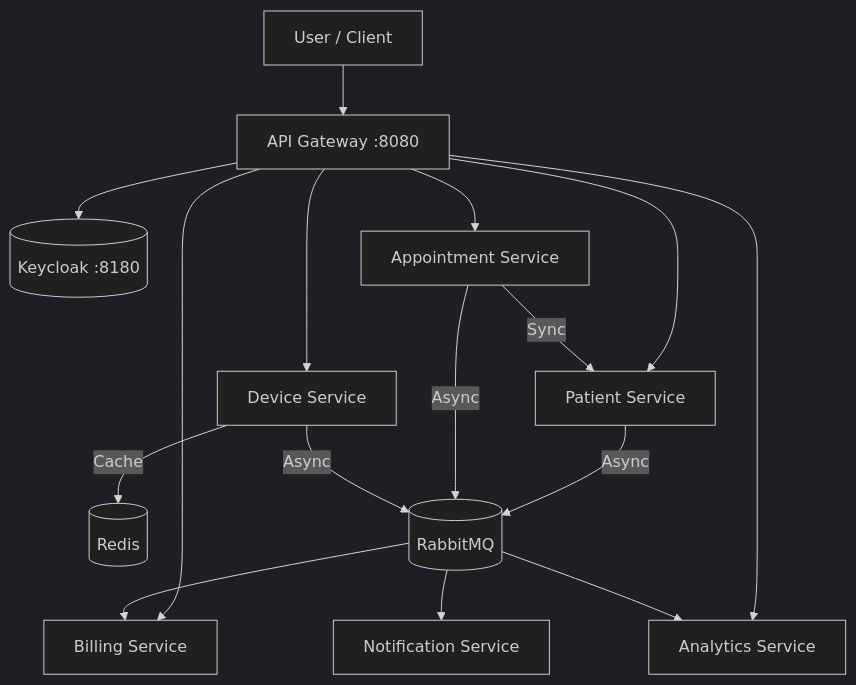
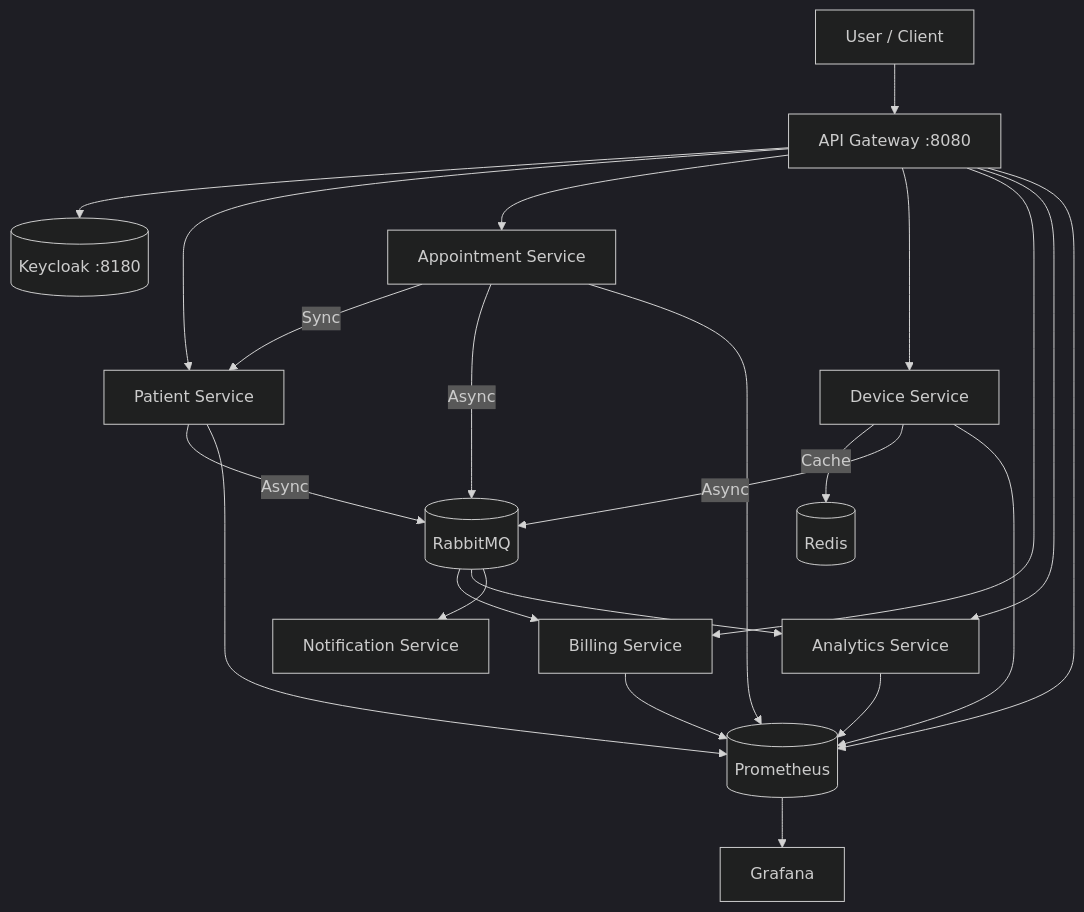
One commit to dawidbera/smarthealth-platform changed the diagram in README.md. Above: the diagram before and after it, drawn with Mermaid (dark theme). The commit also changed other lines of this file, not shown here.

````diff
--- a/README.md
+++ b/README.md
@@ -6,21 +6,24 @@
 ```mermaid
 flowchart TD
   User[User / Client] --> GW[API Gateway :8080]
   GW --> KC[(Keycloak :8180)]
   GW --> PAT[Patient Service]
   GW --> APP[Appointment Service]
   GW --> DEV[Device Service]
   GW --> BILL[Billing Service]
   GW --> ANL[Analytics Service]
   
   APP -- Sync --> PAT
   DEV -- Cache --> R[(Redis)]
   
   PAT -- Async --> MQ[(RabbitMQ)]
   APP -- Async --> MQ
   DEV -- Async --> MQ
   
   MQ --> BILL
   MQ --> ANL
   MQ --> NOTIF[Notification Service]
+  
+  PAT & APP & BILL & DEV & ANL & GW --> PROM[(Prometheus)]
+  PROM --> GRAF[Grafana]
 ```
````
